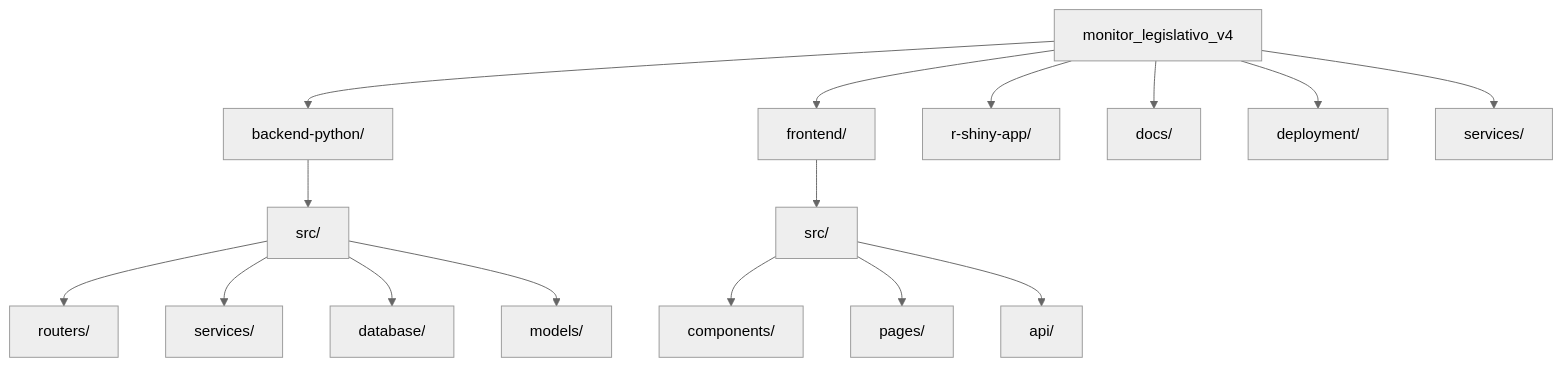
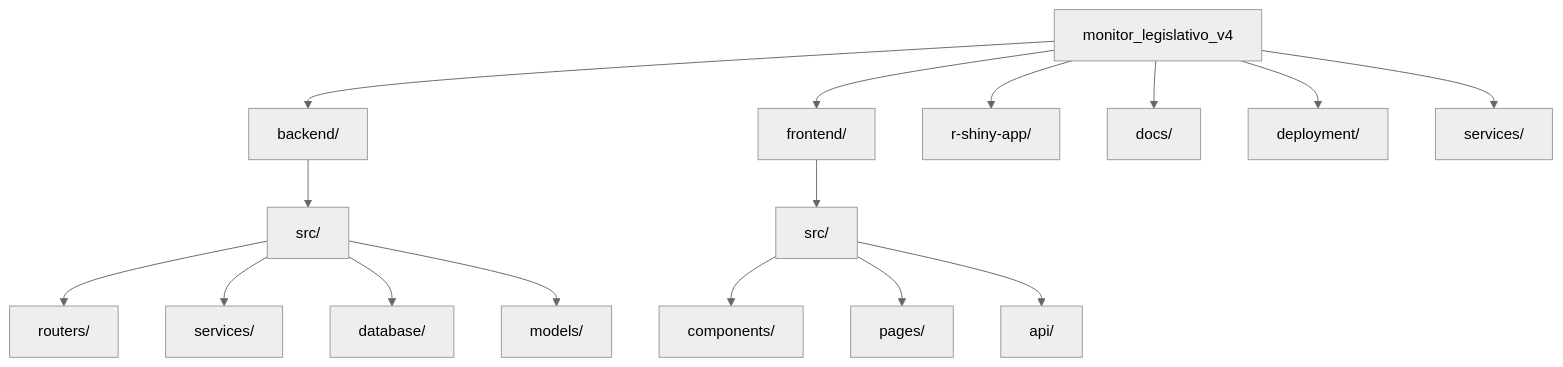
The diagram in docs/architecture/repo_structure.mmd (sofiadonario/monitor-legislativo-v4), drawn with Mermaid (neutral theme) before and after one commit. The commit also changed 9 other files, not shown here.

````diff
--- a/docs/architecture/repo_structure.mmd
+++ b/docs/architecture/repo_structure.mmd
@@ -1,18 +1,18 @@
 ```mermaid
 graph TD;
-  A["monitor_legislativo_v4"] --> B["backend-python/"];
+  A["monitor_legislativo_v4"] --> B["backend/"];
   B --> Bsrc["src/"];
   Bsrc --> Brouters["routers/"];
   Bsrc --> Bservices["services/"];
   Bsrc --> Bdatabase["database/"];
   Bsrc --> Bmodels["models/"];
   A --> C["frontend/"];
   C --> Csrc["src/"];
   Csrc --> Ccomponents["components/"];
   Csrc --> Cpages["pages/"];
   Csrc --> Capis["api/"];
   A --> D["r-shiny-app/"];
   A --> E["docs/"];
   A --> F["deployment/"];
   A --> G["services/"];
 ``` 
````
